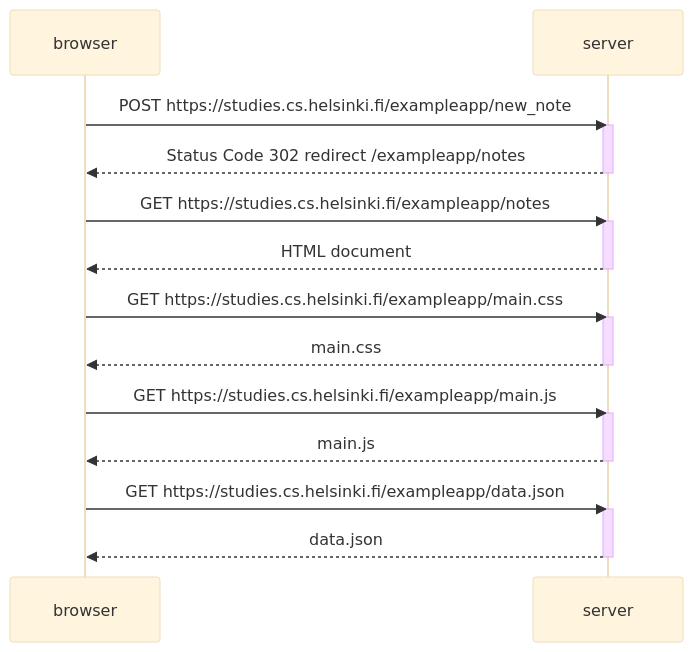
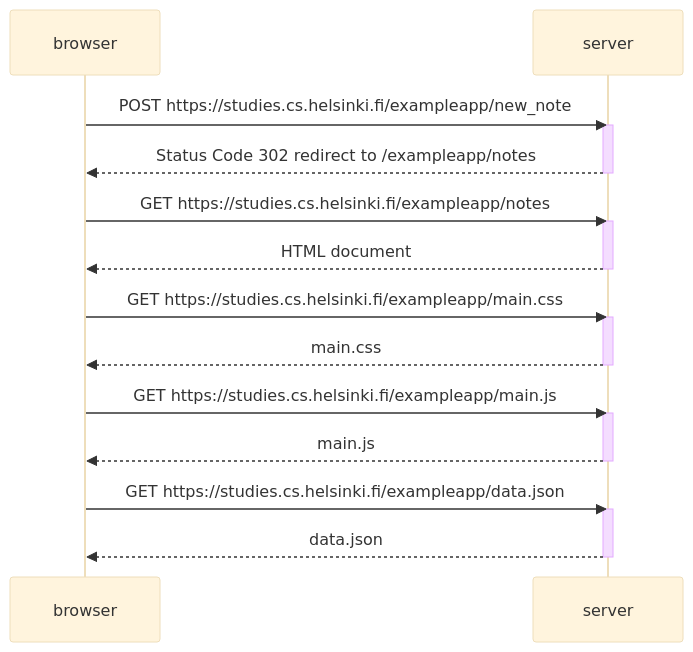
One commit to hiacarvalho/Fullstack changed the diagram in 0.4_NewNoteDiagram.md. Above: the diagram before and after it, drawn with Mermaid (base theme).

````diff
--- a/0.4_NewNoteDiagram.md
+++ b/0.4_NewNoteDiagram.md
@@ -1,31 +1,31 @@
 ```mermaid
 sequenceDiagram
     participant browser
     participant server
 
     browser->>server: POST https://studies.cs.helsinki.fi/exampleapp/new_note
     activate server
-    server-->>browser: Status Code 302 redirect /exampleapp/notes
+    server-->>browser: Status Code 302 redirect to /exampleapp/notes
     deactivate server
 
     browser->>server: GET https://studies.cs.helsinki.fi/exampleapp/notes
     activate server
     server-->>browser: HTML document
     deactivate server
 
     browser->>server: GET https://studies.cs.helsinki.fi/exampleapp/main.css
     activate server
     server-->>browser: main.css
     deactivate server
 
     browser->>server: GET https://studies.cs.helsinki.fi/exampleapp/main.js
     activate server
     server-->>browser: main.js
     deactivate server
 
     browser->>server: GET https://studies.cs.helsinki.fi/exampleapp/data.json
     activate server
     server-->>browser: data.json
     deactivate server
     
 ```
````
